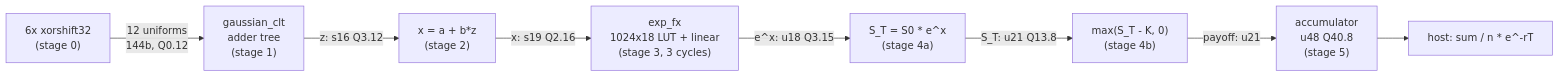
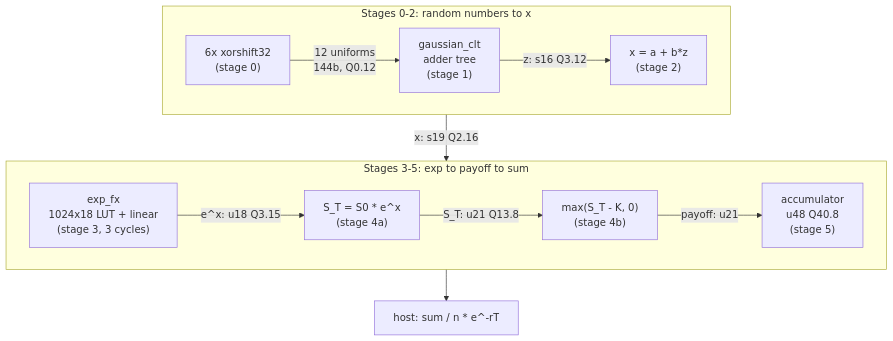
One commit to buchchon/mc-option-pricer changed the diagram in README.md. Above: the diagram before and after it, drawn with Mermaid. The commit also changed other lines of this file, not shown here.

Commit message:
changed diagram part for clarity

````diff
--- a/README.md
+++ b/README.md
@@ -13,10 +13,16 @@
 ```mermaid
-flowchart LR
-    RNG["6x xorshift32<br/>(stage 0)"] -->|"12 uniforms<br/>144b, Q0.12"| G["gaussian_clt<br/>adder tree<br/>(stage 1)"]
-    G -->|"z: s16 Q3.12"| X["x = a + b*z<br/>(stage 2)"]
-    X -->|"x: s19 Q2.16"| E["exp_fx<br/>1024x18 LUT + linear<br/>(stage 3, 3 cycles)"]
-    E -->|"e^x: u18 Q3.15"| S["S_T = S0 * e^x<br/>(stage 4a)"]
-    S -->|"S_T: u21 Q13.8"| P["max(S_T - K, 0)<br/>(stage 4b)"]
-    P -->|"payoff: u21"| A["accumulator<br/>u48 Q40.8<br/>(stage 5)"]
-    A --> H["host: sum / n * e^-rT"]
+flowchart TB
+    subgraph R1["Stages 0-2: random numbers to x"]
+        direction LR
+        RNG["6x xorshift32<br/>(stage 0)"] -->|"12 uniforms<br/>144b, Q0.12"| G["gaussian_clt<br/>adder tree<br/>(stage 1)"]
+        G -->|"z: s16 Q3.12"| X["x = a + b*z<br/>(stage 2)"]
+    end
+    subgraph R2["Stages 3-5: exp to payoff to sum"]
+        direction LR
+        E["exp_fx<br/>1024x18 LUT + linear<br/>(stage 3, 3 cycles)"] -->|"e^x: u18 Q3.15"| S["S_T = S0 * e^x<br/>(stage 4a)"]
+        S -->|"S_T: u21 Q13.8"| P["max(S_T - K, 0)<br/>(stage 4b)"]
+        P -->|"payoff: u21"| A["accumulator<br/>u48 Q40.8<br/>(stage 5)"]
+    end
+    R1 -->|"x: s19 Q2.16"| R2
+    R2 --> H["host: sum / n * e^-rT"]
 ```
````
